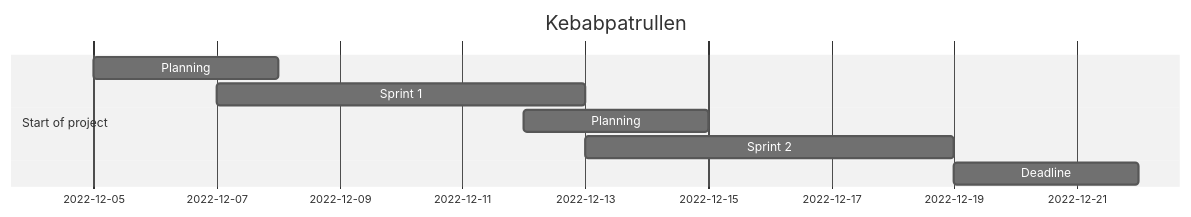
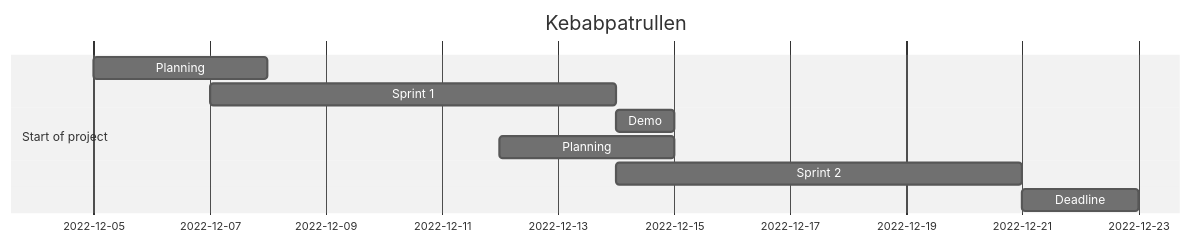
Before and after one commit to JarlJakobsson/DevOps22-Kebabpatrullen: the first of 2 diagrams in README.md, drawn with Mermaid (neutral theme). The commit also changed other lines of this file and 20 other files, not shown here.

````diff
--- a/README.md
+++ b/README.md
@@ -91,12 +149,13 @@
 ```mermaid
 gantt
 dateFormat  YYYY-MM-DD
 title Kebabpatrullen
 
 section Start of project
 Planning                 :         des1, 2022-12-05, 3d
-Sprint 1                 :         des2, 2022-12-07, 6d
+Sprint 1                 :         des2, 2022-12-07, 7d
+Demo                     :         des3, 2022-12-14, 1d
 Planning                 :         des4, 2022-12-12, 3d
-Sprint 2                 :         des3, after des2, 6d
-Deadline                 :         des4, after des3, 3d
+Sprint 2                 :         des3, after des2, 7d
+Deadline                 :         des4, after des3, 2d
 ```
````
